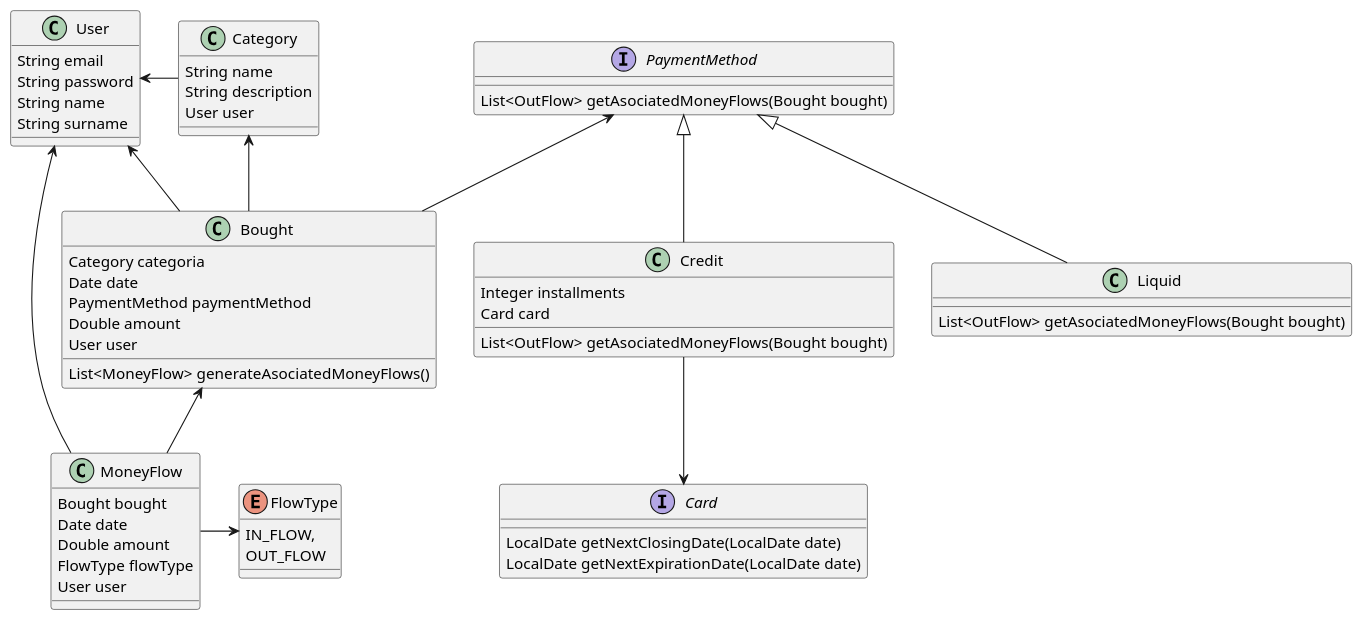
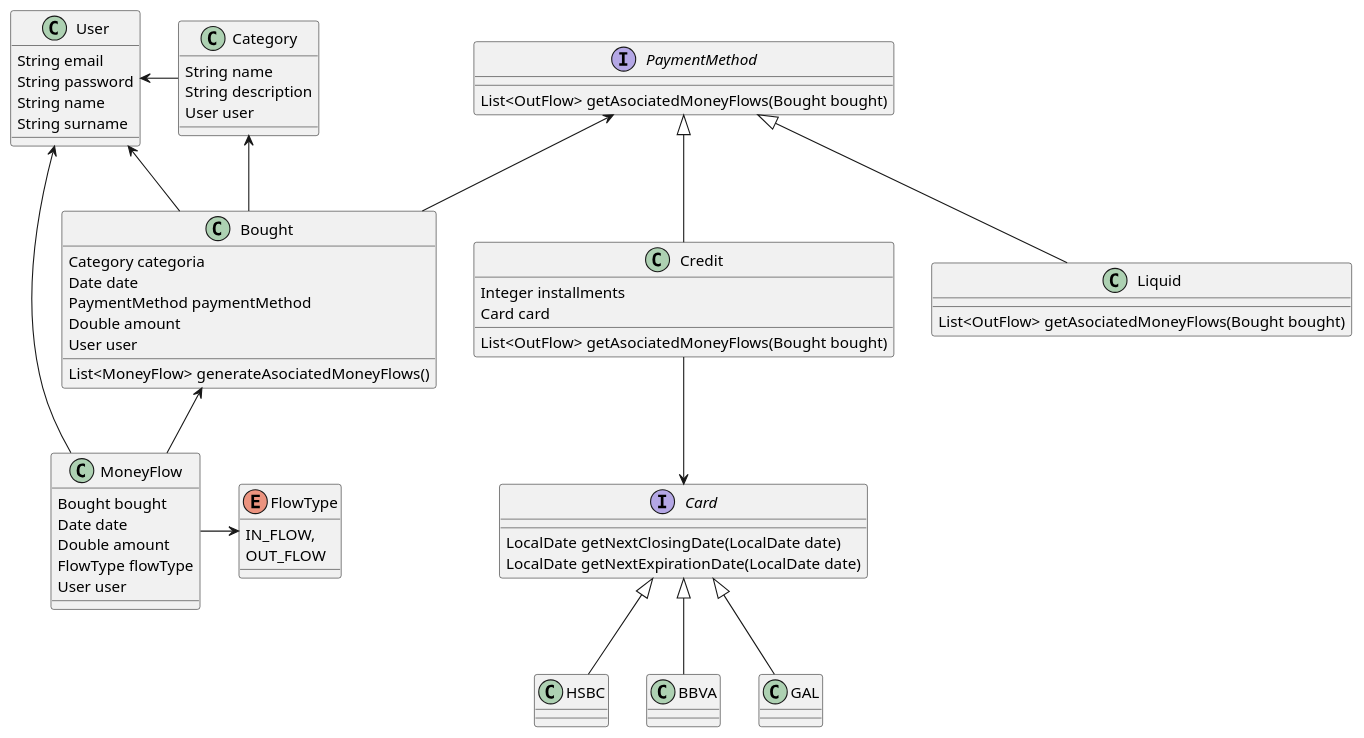
One commit to EmanuelConstanciodev/PersonalFinancesServer changed the diagram in Class Diagram.puml. Above: the diagram before and after it, drawn with PlantUML. The commit also changed 19 other files, not shown here.

```diff
--- a/Class Diagram.puml
+++ b/Class Diagram.puml
@@ -1,81 +1,85 @@
 @startuml
 
 interface PaymentMethod {
    List<OutFlow> getAsociatedMoneyFlows(Bought bought)
 }
 
 class Bought {
    Category categoria
    Date date
    PaymentMethod paymentMethod
    Double amount
    User user
 
    List<MoneyFlow> generateAsociatedMoneyFlows()
 
 }
 
 class Category {
     String name
     String description
     User user
 }
 
 class MoneyFlow {
     Bought bought
     Date date
     Double amount
     FlowType flowType
     User user
 }
 
 
 
 
 
 class Credit {
     Integer installments
     Card card
     List<OutFlow> getAsociatedMoneyFlows(Bought bought)
 
 }
 
 interface Card {
   LocalDate getNextClosingDate(LocalDate date)
   LocalDate getNextExpirationDate(LocalDate date)
 }
 
 class Liquid {
     List<OutFlow> getAsociatedMoneyFlows(Bought bought)
 }
 
 
 class User {
     String email
     String password
     String name
     String surname
 
 }
 
 enum FlowType {
     IN_FLOW,
     OUT_FLOW
 }
 
 Credit -u-|> PaymentMethod
 Liquid -u-|> PaymentMethod
 
 Bought -u-> Category
 
 Bought -u-> PaymentMethod
 
 MoneyFlow -u-> Bought
 Credit -d-> Card
 
 MoneyFlow -l-> User
 Bought -l-> User
 Category -l-> User
 MoneyFlow -r-> FlowType
 
+HSBC -u-|> Card
+BBVA -u-|> Card
+GAL -u-|> Card
+
 @enduml
```
